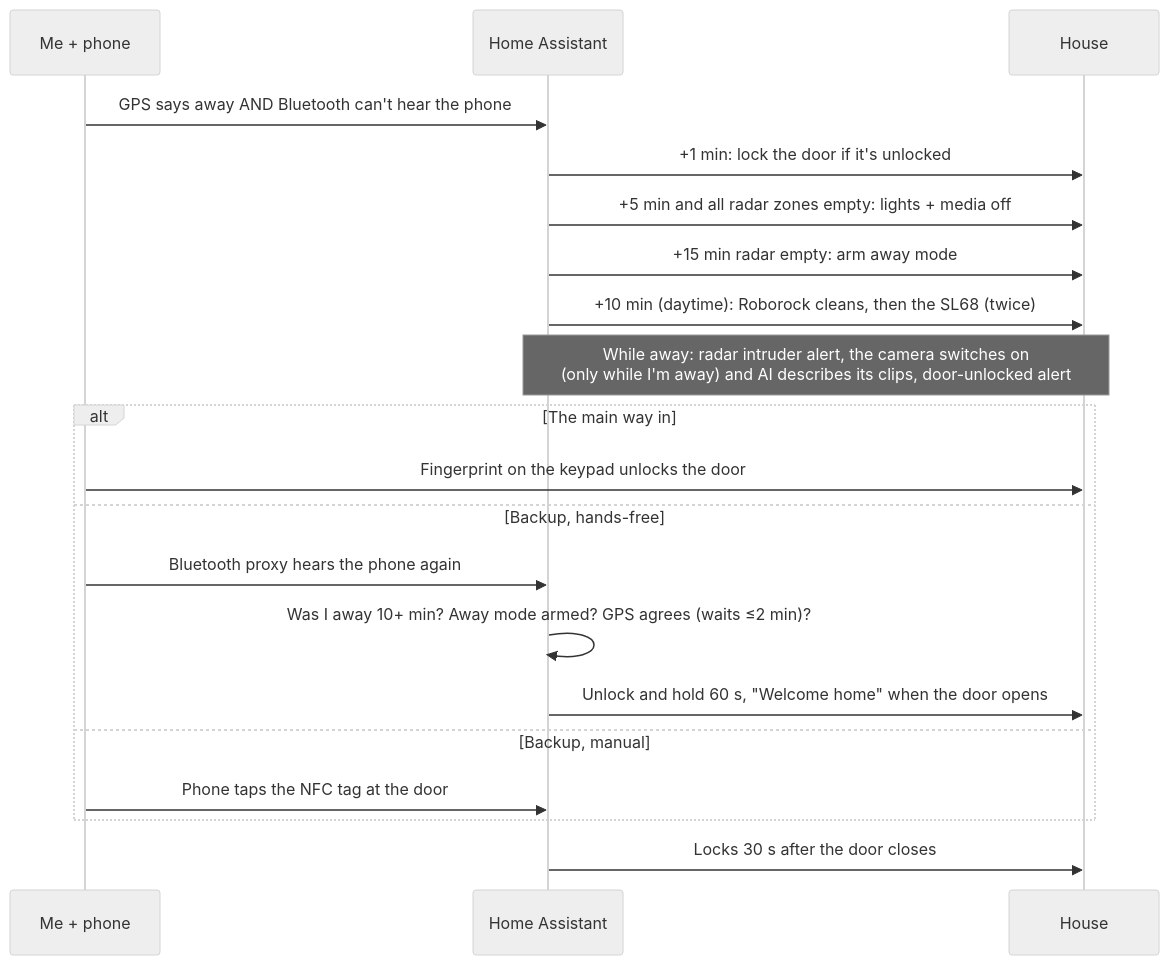
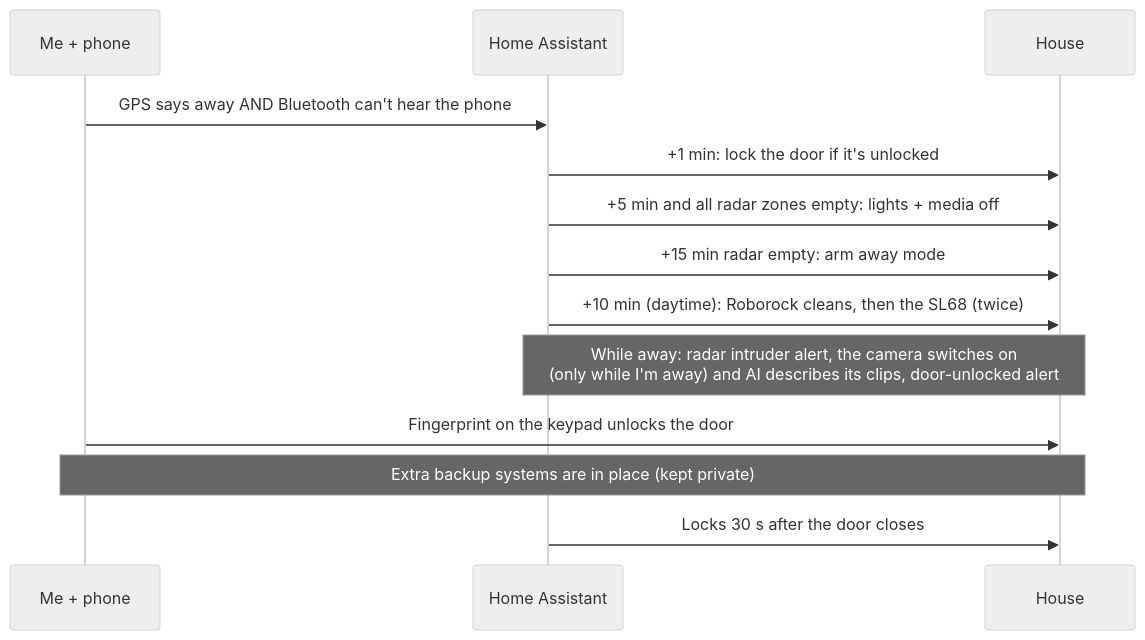
One commit to baes-cloud/baes-cloud-home changed the diagram in docs/03-leaving-and-coming-home.md. Above: the diagram before and after it, drawn with Mermaid (neutral theme). The commit also changed other lines of this file and 6 other files, not shown here.

First line of the commit message:
Keep the door's backup unlock methods private

````diff
--- a/docs/03-leaving-and-coming-home.md
+++ b/docs/03-leaving-and-coming-home.md
@@ -3,22 +3,15 @@
 ```mermaid
 sequenceDiagram
   participant Me as Me + phone
   participant HA as Home Assistant
   participant House
   Me->>HA: GPS says away AND Bluetooth can't hear the phone
   HA->>House: +1 min: lock the door if it's unlocked
   HA->>House: +5 min and all radar zones empty: lights + media off
   HA->>House: +15 min radar empty: arm away mode
   HA->>House: +10 min (daytime): Roborock cleans, then the SL68 (twice)
   Note over HA,House: While away: radar intruder alert, the camera switches on<br/>(only while I'm away) and AI describes its clips, door-unlocked alert
-  alt The main way in
-    Me->>House: Fingerprint on the keypad unlocks the door
-  else Backup, hands-free
-    Me->>HA: Bluetooth proxy hears the phone again
-    HA->>HA: Was I away 10+ min? Away mode armed? GPS agrees (waits ≤2 min)?
-    HA->>House: Unlock and hold 60 s, "Welcome home" when the door opens
-  else Backup, manual
-    Me->>HA: Phone taps the NFC tag at the door
-  end
+  Me->>House: Fingerprint on the keypad unlocks the door
+  Note over Me,House: Extra backup systems are in place (kept private)
   HA->>House: Locks 30 s after the door closes
 ```
````
